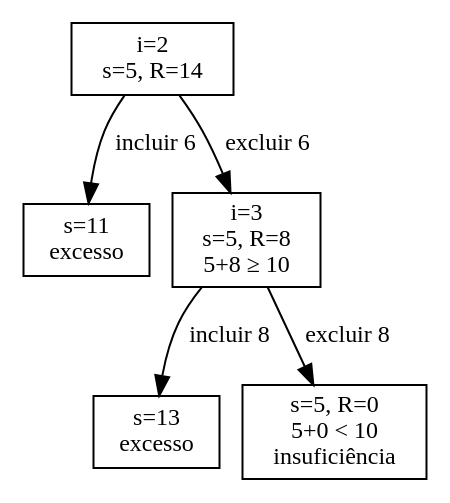
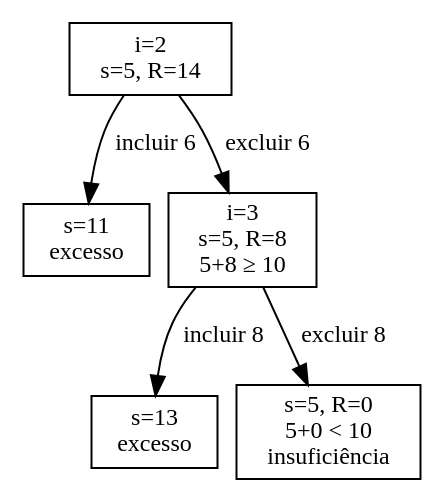
The diagram in src/content/da/subconjuntos-podas.dot (rodrgds/resumos), drawn with Graphviz before and after one commit.

Commit message:
docs(da): ajustar o espaço entre os ramos no móvel

```diff
--- a/src/content/da/subconjuntos-podas.dot
+++ b/src/content/da/subconjuntos-podas.dot
@@ -1,14 +1,14 @@
 digraph Podas {
-  graph [nodesep=0.15];
+  graph [nodesep=0.12];
   node [shape=box, fontsize=12];
   edge [fontsize=12];
   raiz [label="i=2\ns=5, R=14"];
   excesso6 [label="s=11\nexcesso"];
   sem6 [label="i=3\ns=5, R=8\n5+8 ≥ 10"];
   excesso8 [label="s=13\nexcesso"];
   insuf [label="s=5, R=0\n5+0 < 10\ninsuficiência"];
   raiz -> excesso6 [label="incluir 6"];
   raiz -> sem6 [label="excluir 6"];
   sem6 -> excesso8 [label="incluir 8"];
   sem6 -> insuf [label="excluir 8"];
 }
```
